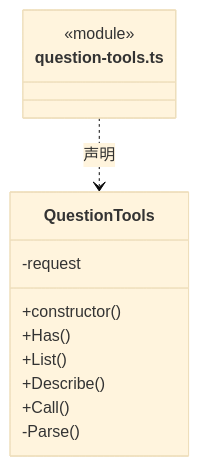
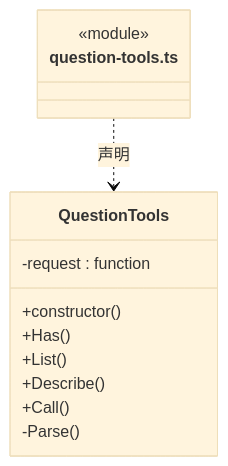
Before and after one commit to nan023062/cbim: diagram 18 of 24 in src/logic/tools/runtime/ARCHITECTURE.md, drawn with Mermaid (base theme). The commit also changed other lines of this file and 137 other files, not shown here.

Commit message:
fix: align architecture generator with documentation standards

````diff
--- a/src/logic/tools/runtime/ARCHITECTURE.md
+++ b/src/logic/tools/runtime/ARCHITECTURE.md
@@ -741,16 +771,16 @@
 ```mermaid
 classDiagram
 class N_src_logic_tools_runtime_question_tools_ts["question-tools.ts"] {
   <<module>>
 }
 class N_src_logic_tools_runtime_question_tools_ts_QuestionTools["QuestionTools"] {
   +constructor()
   +Has()
   +List()
   +Describe()
   +Call()
-  -request
+  -request : function
   -Parse()
 }
 N_src_logic_tools_runtime_question_tools_ts ..> N_src_logic_tools_runtime_question_tools_ts_QuestionTools : 声明
 ```
````
